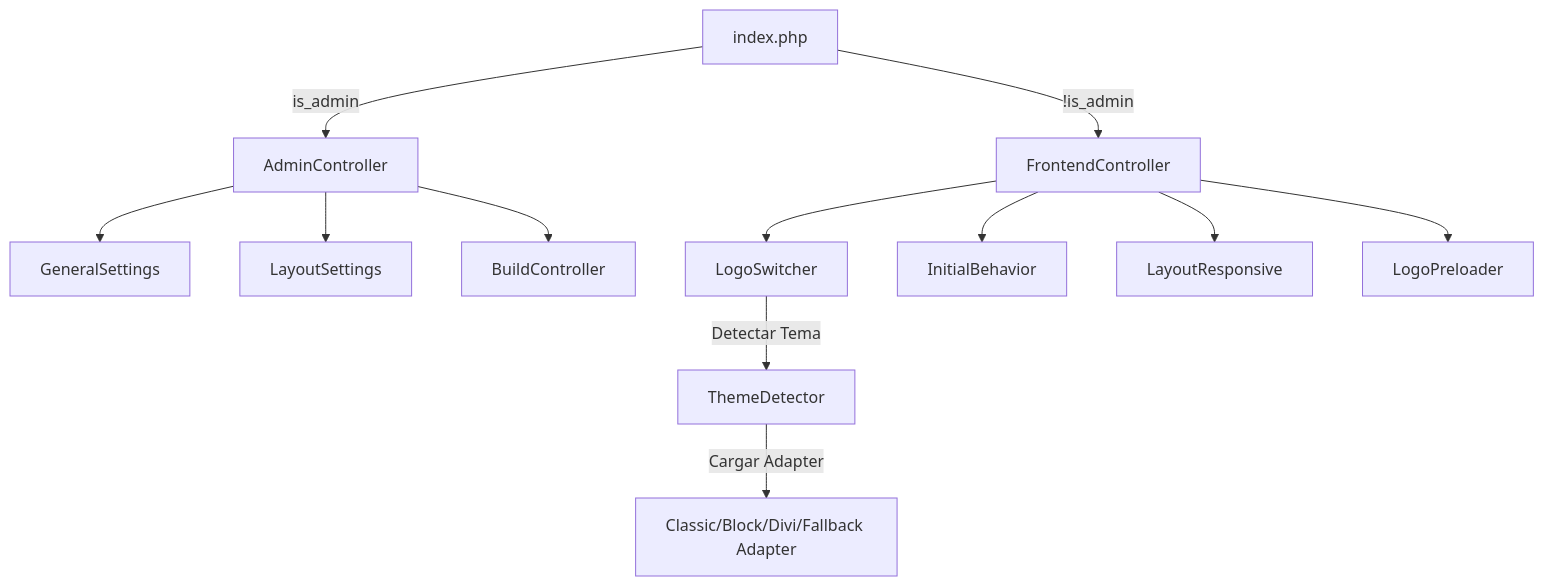
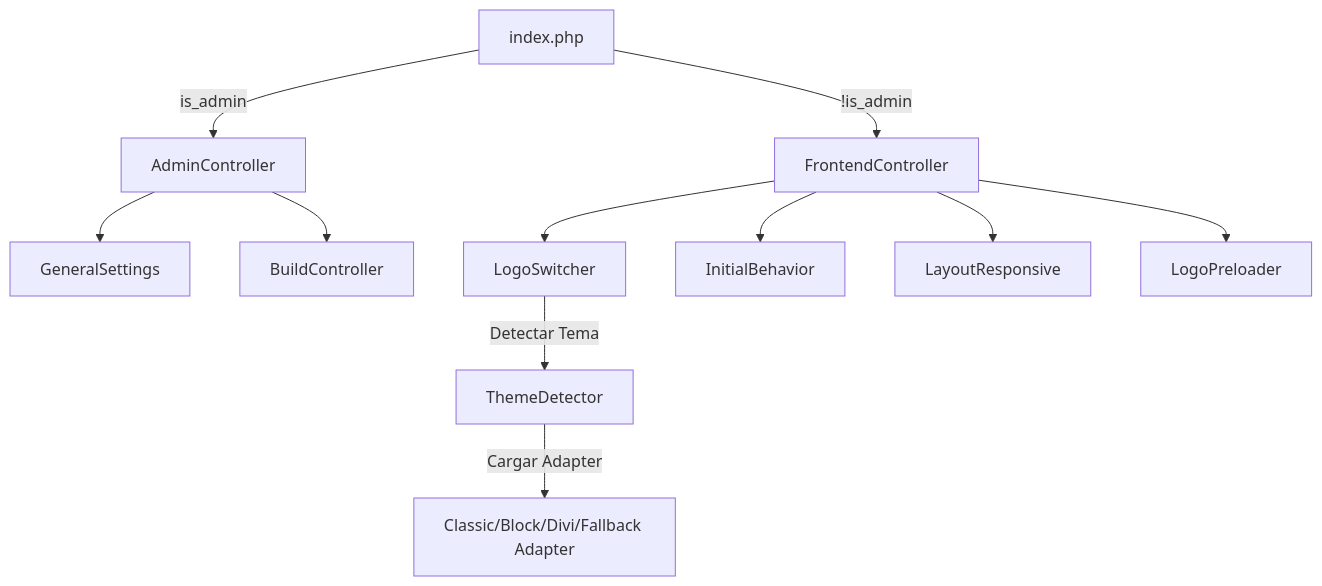
One commit to Guilherme-Mandeli/hooma-smart-header changed the diagram in TECHNICAL_GUIDE.md. Above: the diagram before and after it, drawn with Mermaid. The commit also changed other lines of this file and 99 other files, not shown here.

First line of the commit message:
fix: resolve architecture inconsistencies, recursion bugs and rebuild bundle

````diff
--- a/TECHNICAL_GUIDE.md
+++ b/TECHNICAL_GUIDE.md
@@ -64,17 +63,16 @@
 ```mermaid
 graph TD
     A[index.php] -->|is_admin| B[AdminController]
     A -->|!is_admin| C[FrontendController]
     
     B --> D[GeneralSettings]
-    B --> E[LayoutSettings]
     B --> F[BuildController]
     
     C --> G[LogoSwitcher]
     C --> H[InitialBehavior]
     C --> I[LayoutResponsive]
     C --> J[LogoPreloader]
     
     G -->|Detectar Tema| K[ThemeDetector]
     K -->|Cargar Adapter| L[Classic/Block/Divi/Fallback Adapter]
 ```
````
